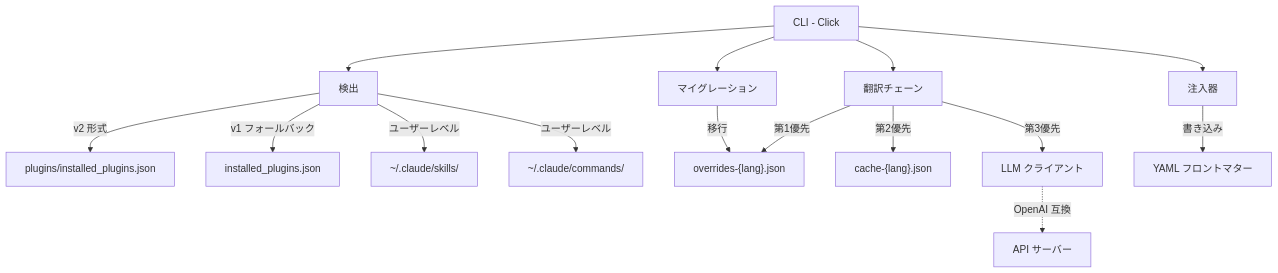
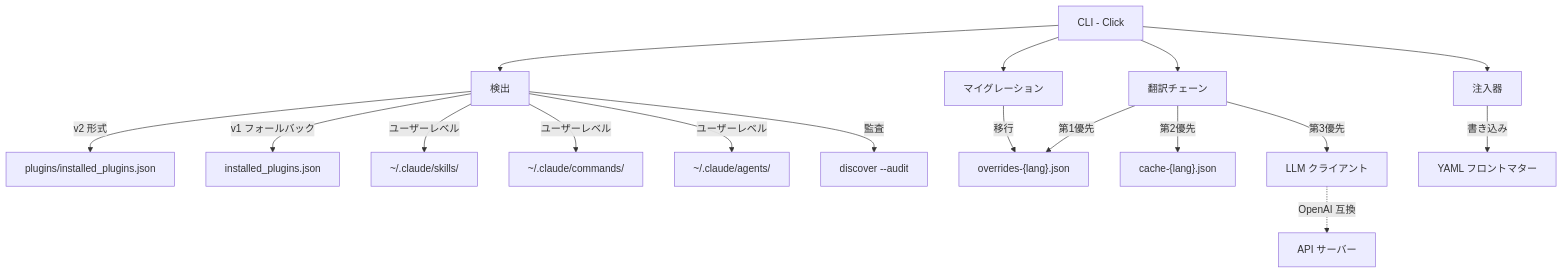
The second of 2 diagrams in README.ja.md (debug-zhuweijian/claude-translator), drawn with Mermaid before and after one commit. The commit also changed other lines of this file and 11 other files, not shown here.

````diff
--- a/README.ja.md
+++ b/README.ja.md
@@ -385,21 +386,23 @@
 ```mermaid
 graph TB
     CLI[CLI - Click] --> DISC[検出]
     CLI --> TRANS[翻訳チェーン]
     CLI --> INJ[注入器]
     CLI --> MIGR[マイグレーション]
 
     DISC --> |v2 形式| V2["plugins/installed_plugins.json"]
     DISC --> |v1 フォールバック| V1["installed_plugins.json"]
     DISC --> |ユーザーレベル| USER["~/.claude/skills/"]
     DISC --> |ユーザーレベル| USERC["~/.claude/commands/"]
+    DISC --> |ユーザーレベル| USERA["~/.claude/agents/"]
+    DISC --> |監査| AUDIT["discover --audit"]
 
     TRANS --> |第1優先| OV["overrides-{lang}.json"]
     TRANS --> |第2優先| CACHE["cache-{lang}.json"]
     TRANS --> |第3優先| LLM[LLM クライアント]
 
     INJ --> |書き込み| FM[YAML フロントマター]
     MIGR --> |移行| OV
 
     LLM -.-> |OpenAI 互換| API[API サーバー]
 ```
````
